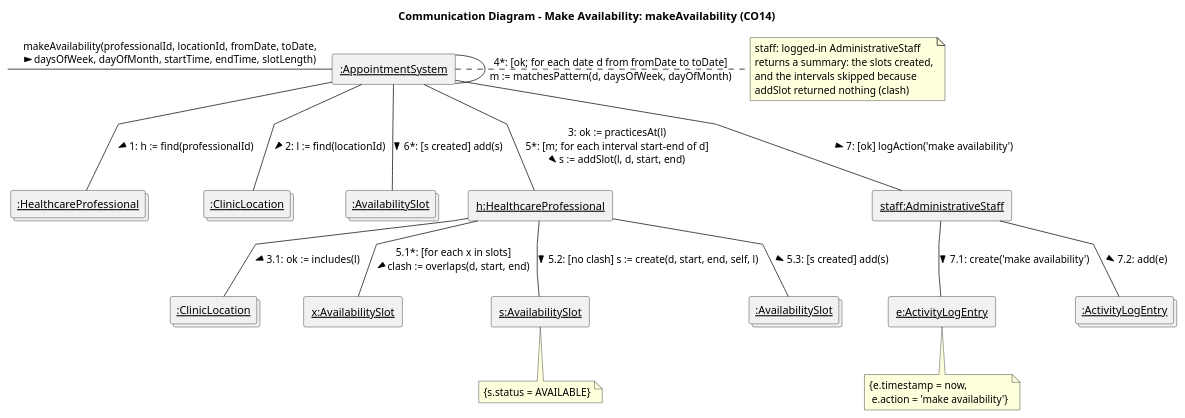
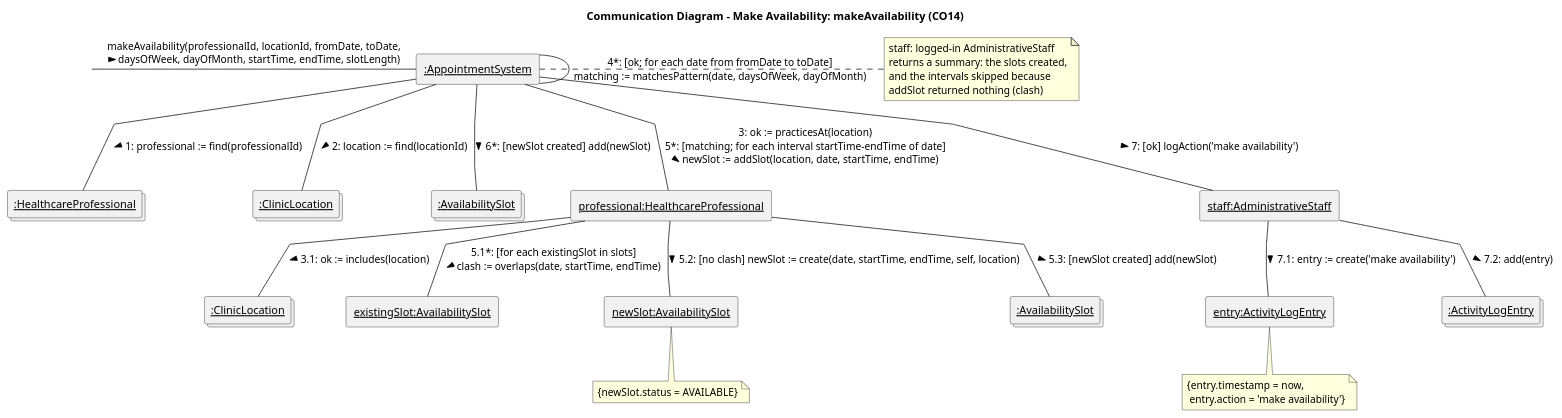
One commit to rakib-akter/SOEN-342-Project changed the diagram in docs/interaction-diagrams/make-availability.puml. Above: the diagram before and after it, drawn with PlantUML. The commit also changed 10 other files, not shown here.

Commit message:
rename the short letters in the interaction diagrams and design notes to full names (p -> patient, h -> professional, l -> location etc) so its easier to read

```diff
--- a/docs/interaction-diagrams/make-availability.puml
+++ b/docs/interaction-diagrams/make-availability.puml
@@ -1,49 +1,49 @@
 @startuml make-availability
 title Communication Diagram - Make Availability: makeAvailability (CO14)
 skinparam linetype polyline
 
 label " " as start
 rectangle "<u>:AppointmentSystem</u>" as ctrl
 collections "<u>:HealthcareProfessional</u>" as professionals
 collections "<u>:ClinicLocation</u>" as locations
 collections "<u>:AvailabilitySlot</u>" as allSlots
-rectangle "<u>h:HealthcareProfessional</u>" as h
+rectangle "<u>professional:HealthcareProfessional</u>" as h
 collections "<u>:ClinicLocation</u>" as hLocations
-rectangle "<u>x:AvailabilitySlot</u>" as x
-rectangle "<u>s:AvailabilitySlot</u>" as s
+rectangle "<u>existingSlot:AvailabilitySlot</u>" as x
+rectangle "<u>newSlot:AvailabilitySlot</u>" as s
 collections "<u>:AvailabilitySlot</u>" as hSlots
 rectangle "<u>staff:AdministrativeStaff</u>" as staff
-rectangle "<u>e:ActivityLogEntry</u>" as e
+rectangle "<u>entry:ActivityLogEntry</u>" as e
 collections "<u>:ActivityLogEntry</u>" as entries
 
 start -right- ctrl : "makeAvailability(professionalId, locationId, fromDate, toDate,\ndaysOfWeek, dayOfMonth, startTime, endTime, slotLength) >"
 
-ctrl -- professionals : "1: h := find(professionalId) >"
-ctrl -- locations : "2: l := find(locationId) >"
-ctrl -- ctrl : "4*: [ok; for each date d from fromDate to toDate]\nm := matchesPattern(d, daysOfWeek, dayOfMonth)"
-ctrl -- h : "3: ok := practicesAt(l)\n5*: [m; for each interval start-end of d]\ns := addSlot(l, d, start, end) >"
-h -- hLocations : "3.1: ok := includes(l) >"
-h -- x : "5.1*: [for each x in slots]\nclash := overlaps(d, start, end) >"
-h -- s : "5.2: [no clash] s := create(d, start, end, self, l) >"
-h -- hSlots : "5.3: [s created] add(s) >"
-ctrl -- allSlots : "6*: [s created] add(s) >"
+ctrl -- professionals : "1: professional := find(professionalId) >"
+ctrl -- locations : "2: location := find(locationId) >"
+ctrl -- ctrl : "4*: [ok; for each date from fromDate to toDate]\nmatching := matchesPattern(date, daysOfWeek, dayOfMonth)"
+ctrl -- h : "3: ok := practicesAt(location)\n5*: [matching; for each interval startTime-endTime of date]\nnewSlot := addSlot(location, date, startTime, endTime) >"
+h -- hLocations : "3.1: ok := includes(location) >"
+h -- x : "5.1*: [for each existingSlot in slots]\nclash := overlaps(date, startTime, endTime) >"
+h -- s : "5.2: [no clash] newSlot := create(date, startTime, endTime, self, location) >"
+h -- hSlots : "5.3: [newSlot created] add(newSlot) >"
+ctrl -- allSlots : "6*: [newSlot created] add(newSlot) >"
 ctrl -- staff : "7: [ok] logAction('make availability') >"
-staff -- e : "7.1: create('make availability') >"
-staff -- entries : "7.2: add(e) >"
+staff -- e : "7.1: entry := create('make availability') >"
+staff -- entries : "7.2: add(entry) >"
 
 note right of ctrl
   staff: logged-in AdministrativeStaff
   returns a summary: the slots created,
   and the intervals skipped because
   addSlot returned nothing (clash)
 end note
 
 note bottom of s
-  {s.status = AVAILABLE}
+  {newSlot.status = AVAILABLE}
 end note
 
 note bottom of e
-  {e.timestamp = now,
-   e.action = 'make availability'}
+  {entry.timestamp = now,
+   entry.action = 'make availability'}
 end note
 @enduml
```
